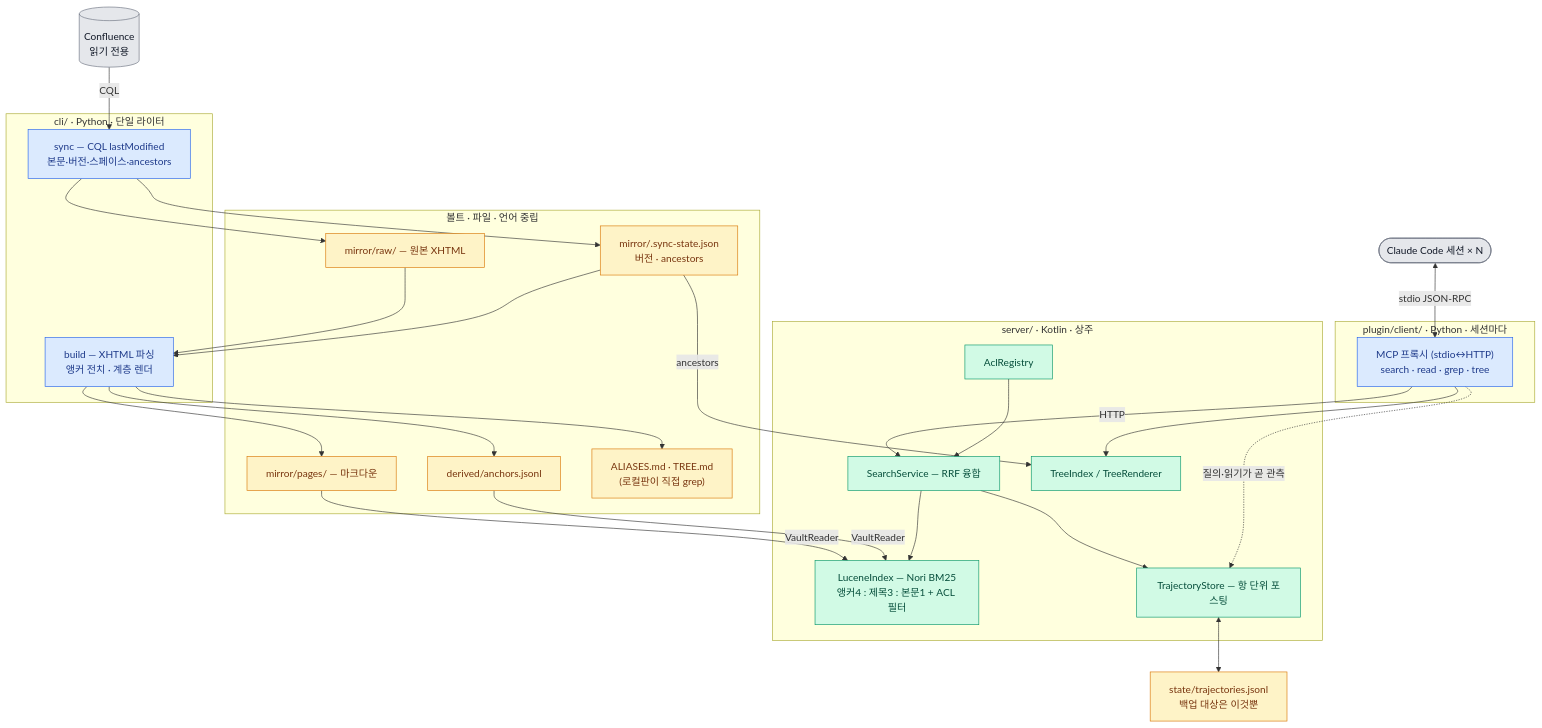
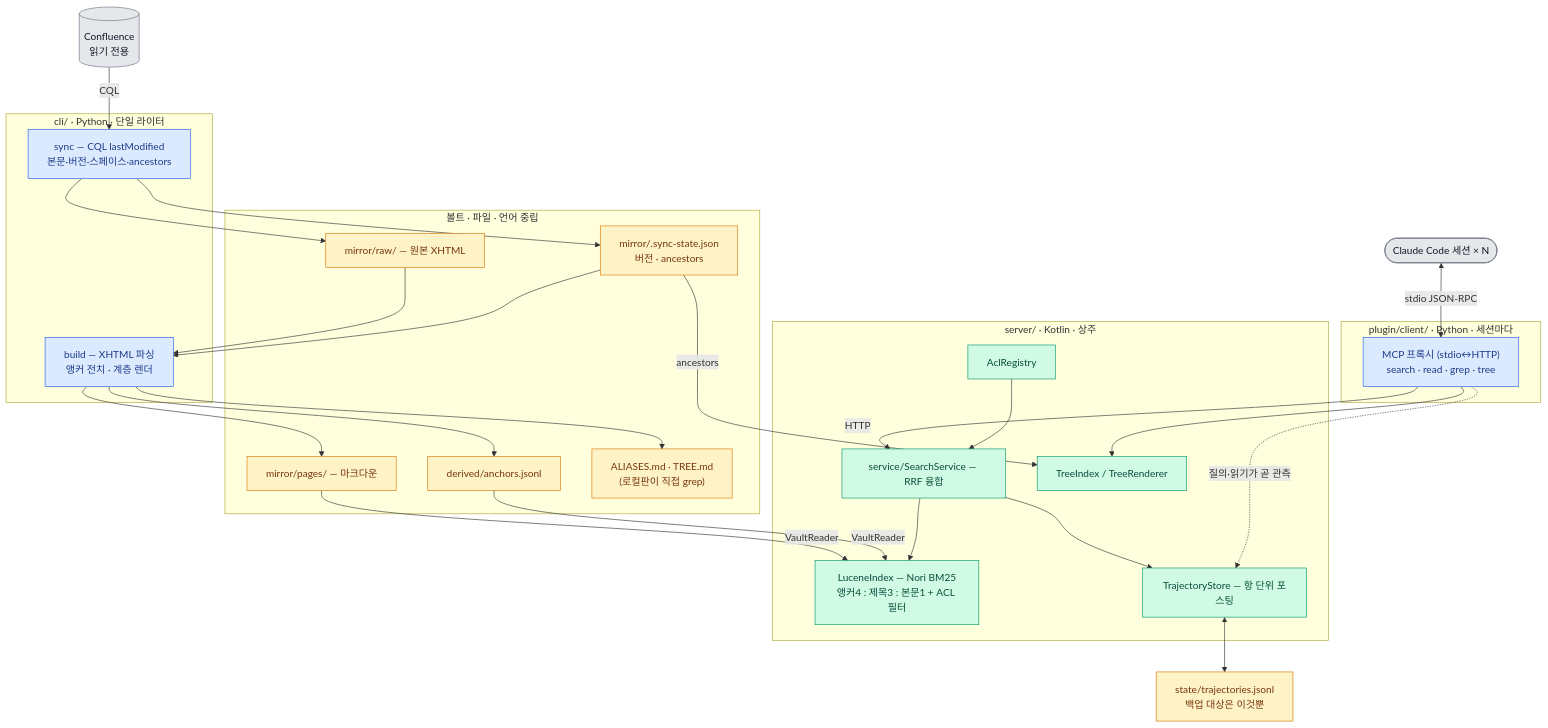
The first of 2 diagrams in docs/architecture.md (mukansei/wikilens), drawn with Mermaid before and after one commit. The commit also changed 8 other files, not shown here.

````diff
--- a/docs/architecture.md
+++ b/docs/architecture.md
@@ -23,64 +23,64 @@
 ```mermaid
 flowchart TB
     CONF[("Confluence<br/>읽기 전용")]
     SESS(["Claude Code 세션 × N"])
 
     subgraph SYNC["cli/ · Python · 단일 라이터"]
         SY["sync — CQL lastModified<br/>본문·버전·스페이스·ancestors"]
         BU["build — XHTML 파싱<br/>앵커 전치 · 계층 렌더"]
     end
 
     subgraph STORE["볼트 · 파일 · 언어 중립"]
         RAW["mirror/raw/ — 원본 XHTML"]
         PG["mirror/pages/ — 마크다운"]
         ST["mirror/.sync-state.json<br/>버전 · ancestors"]
         DER["derived/anchors.jsonl"]
         MD["ALIASES.md · TREE.md<br/>(로컬판이 직접 grep)"]
     end
 
     subgraph CLIENT["plugin/client/ · Python · 세션마다"]
         MCPT["MCP 프록시 (stdio↔HTTP)<br/>search · read · grep · tree"]
     end
 
     subgraph SRV["server/ · Kotlin · 상주"]
-        QRY["SearchService — RRF 융합"]
+        QRY["service/SearchService — RRF 융합"]
         IDX["LuceneIndex — Nori BM25<br/>앵커4 : 제목3 : 본문1 + ACL 필터"]
         TR["TreeIndex / TreeRenderer"]
         L2["TrajectoryStore — 항 단위 포스팅"]
         ACLR["AclRegistry"]
     end
 
     STA["state/trajectories.jsonl<br/>백업 대상은 이것뿐"]
 
     CONF -->|"CQL"| SY
     SY --> RAW
     SY --> ST
     RAW --> BU
     ST --> BU
     BU --> PG
     BU --> DER
     BU --> MD
 
     PG -->|"VaultReader"| IDX
     DER -->|"VaultReader"| IDX
     ST -->|"ancestors"| TR
 
     SESS <-->|"stdio JSON-RPC"| MCPT
     MCPT -->|"HTTP"| QRY
     QRY --> IDX
     QRY --> L2
     ACLR --> QRY
     MCPT --> TR
     MCPT -.->|"질의·읽기가 곧 관측"| L2
     L2 <--> STA
 
     classDef ext fill:#e5e7eb,stroke:#6b7280,color:#111827
     classDef py fill:#dbeafe,stroke:#2563eb,color:#1e3a8a
     classDef kt fill:#d1fae5,stroke:#059669,color:#064e3b
     classDef st fill:#fef3c7,stroke:#d97706,color:#78350f
     class CONF,SESS ext
     class SY,BU py
     class QRY,IDX,TR,L2,ACLR kt
     class MCPT py
     class RAW,PG,ST,DER,MD,STA st
 ```
````
